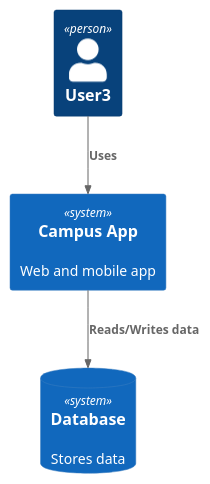
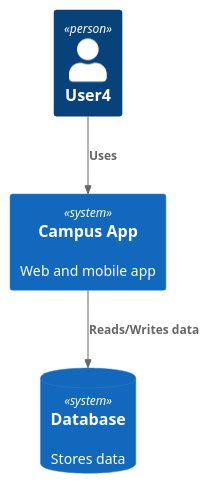
Before and after one commit to MarcelVSHNS/CampusApp: the diagram in docs/architecture/campus-app.puml, drawn with PlantUML.

Commit message:
Update user label from 'User3' to 'User4'

```diff
--- a/docs/architecture/campus-app.puml
+++ b/docs/architecture/campus-app.puml
@@ -1,11 +1,11 @@
 @startuml
 !include https://raw.githubusercontent.com/plantuml-stdlib/C4-PlantUML/master/C4_Context.puml
 
-Person(user, "User3")
+Person(user, "User4")
 System(system, "Campus App", "Web and mobile app")
 SystemDb(db, "Database", "Stores data")
 
 Rel(user, system, "Uses")
 Rel(system, db, "Reads/Writes data")
 
 @enduml
```
